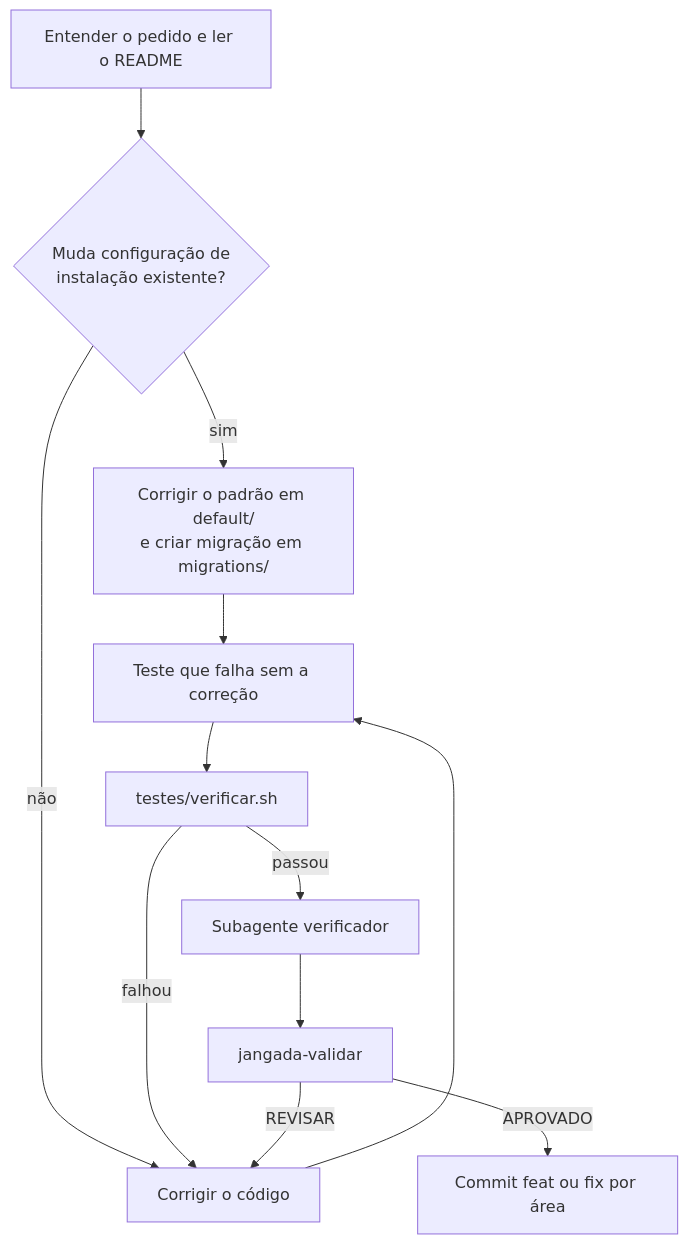
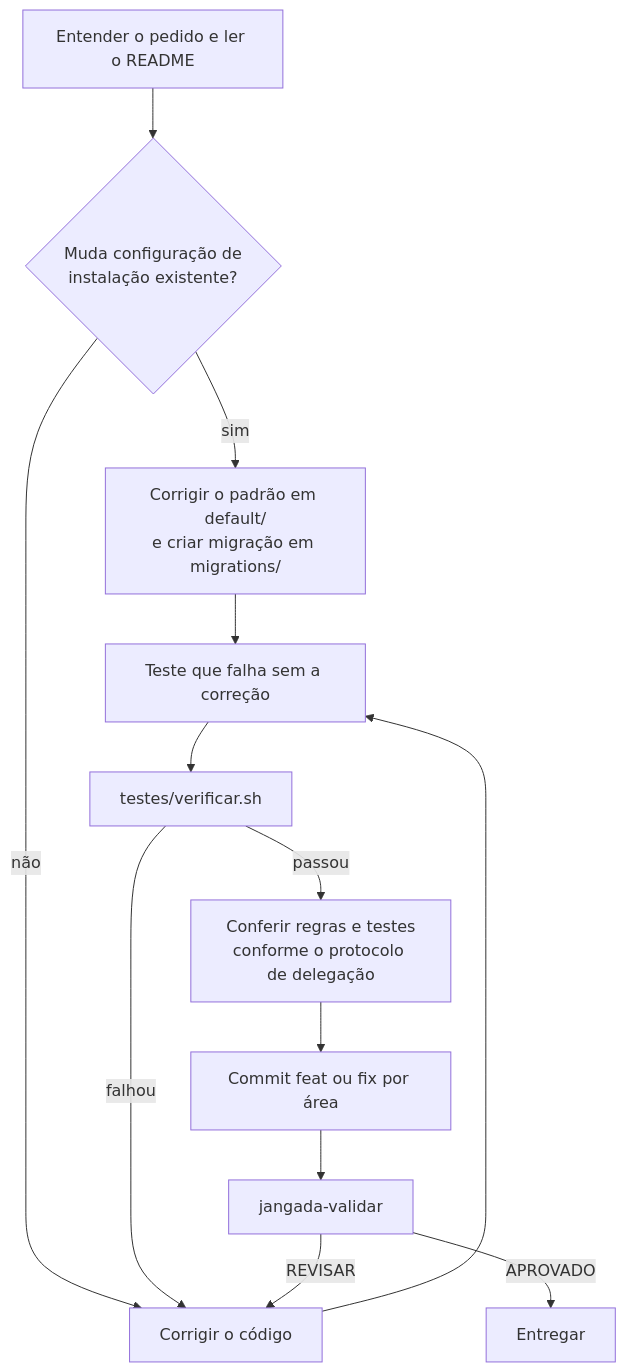
One commit to felipintoslv/jangada changed the diagram in docs/boas-praticas.md. Above: the diagram before and after it, drawn with Mermaid. The commit also changed 5 other files, not shown here.

````diff
--- a/docs/boas-praticas.md
+++ b/docs/boas-praticas.md
@@ -10,14 +10,15 @@
 ```mermaid
 flowchart TD
     A[Entender o pedido e ler o README] --> B{Muda configuração de<br>instalação existente?}
     B -- sim --> C[Corrigir o padrão em default/<br>e criar migração em migrations/]
     B -- não --> D[Corrigir o código]
     C --> E[Teste que falha sem a correção]
     D --> E
     E --> F[testes/verificar.sh]
     F -- falhou --> D
-    F -- passou --> G[Subagente verificador]
-    G --> H[jangada-validar]
+    F -- passou --> G[Conferir regras e testes<br>conforme o protocolo de delegação]
+    G --> I[Commit feat ou fix por área]
+    I --> H[jangada-validar]
     H -- REVISAR --> D
-    H -- APROVADO --> I[Commit feat ou fix por área]
+    H -- APROVADO --> J[Entregar]
 ```
````
